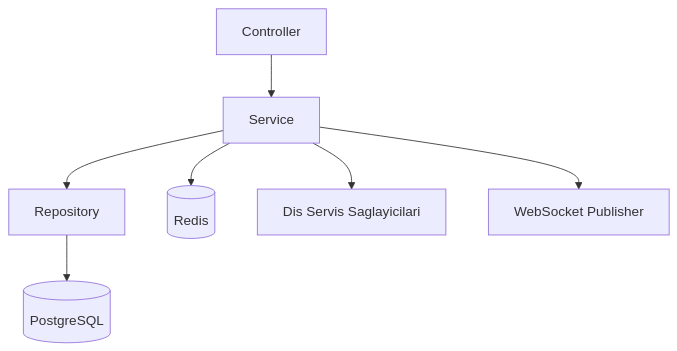
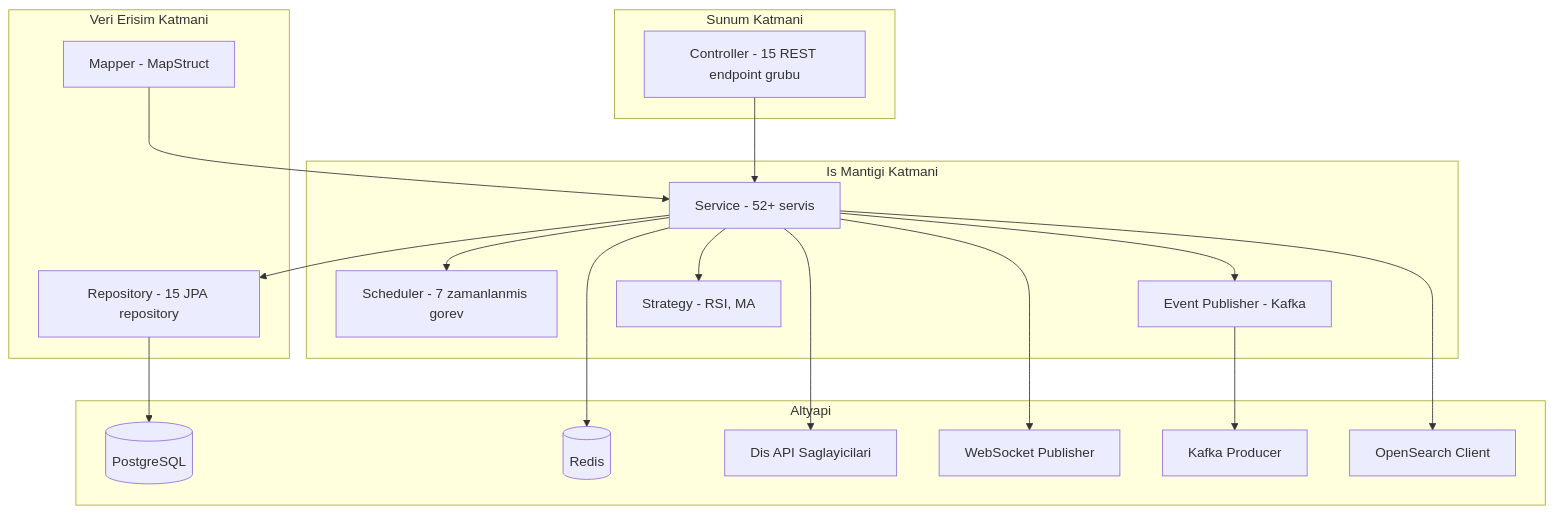
Before and after one commit to mtgsoftworks/Project_MintStack: the second of 6 diagrams in docs/TASARIM_MIMARISI_VE_MODELLEME.md, drawn with Mermaid. The commit also changed other lines of this file and 31 other files, not shown here.

````diff
--- a/docs/TASARIM_MIMARISI_VE_MODELLEME.md
+++ b/docs/TASARIM_MIMARISI_VE_MODELLEME.md
@@ -38,9 +74,40 @@
 ```mermaid
 flowchart TB
-    C[Controller] --> S[Service]
-    S --> R[Repository]
-    R --> DB[(PostgreSQL)]
-    S --> Cache[(Redis)]
-    S --> Ext[Dis Servis Saglayicilari]
-    S --> WS[WebSocket Publisher]
+    subgraph Sunum["Sunum Katmani"]
+        C[Controller - 15 REST endpoint grubu]
+    end
+
+    subgraph Is["Is Mantigi Katmani"]
+        S[Service - 52+ servis]
+        SCH[Scheduler - 7 zamanlanmis gorev]
+        EV[Event Publisher - Kafka]
+        STR[Strategy - RSI, MA]
+    end
+
+    subgraph Veri["Veri Erisim Katmani"]
+        R[Repository - 15 JPA repository]
+        M[Mapper - MapStruct]
+    end
+
+    subgraph Altyapi["Altyapi"]
+        DB[(PostgreSQL)]
+        Cache[(Redis)]
+        Ext[Dis API Saglayicilari]
+        WS[WebSocket Publisher]
+        KF[Kafka Producer]
+        OS[OpenSearch Client]
+    end
+
+    C --> S
+    S --> R
+    S --> SCH
+    S --> EV
+    S --> STR
+    R --> DB
+    S --> Cache
+    S --> Ext
+    S --> WS
+    EV --> KF
+    S --> OS
+    M --> S
 ```
````
